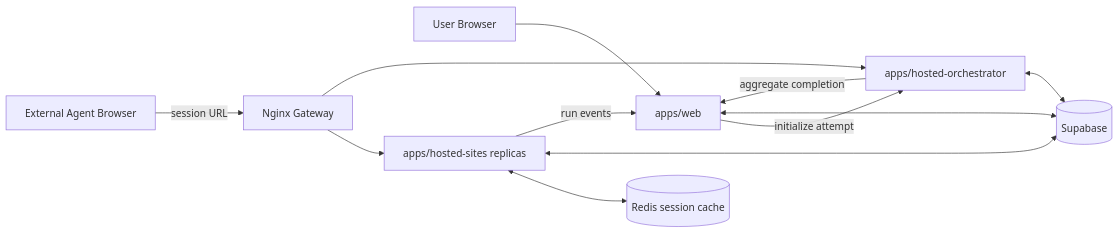
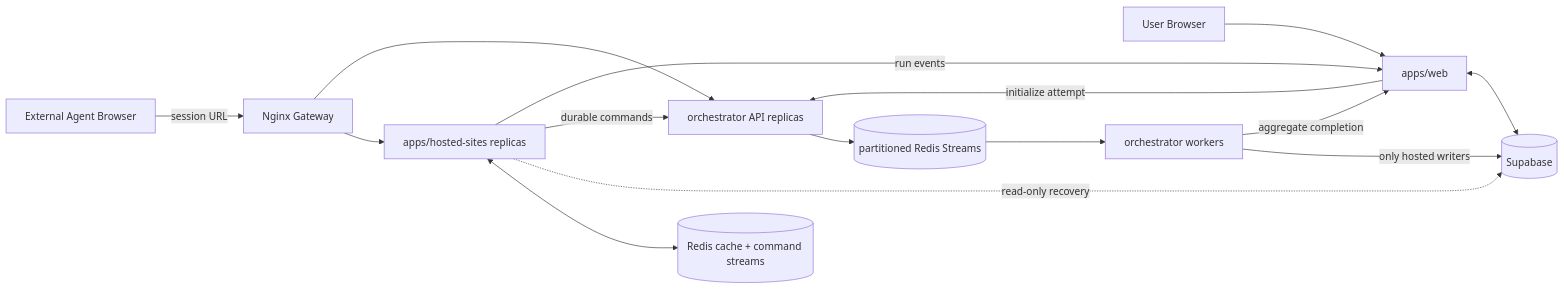
One commit to Kaiwen0418/agent-benchmark changed the diagram in docs/architecture.md. Above: the diagram before and after it, drawn with Mermaid. The commit also changed other lines of this file and 30 other files, not shown here.

Commit message:
feat: scale hosted orchestration with Redis streams

````diff
--- a/docs/architecture.md
+++ b/docs/architecture.md
@@ -9,14 +9,17 @@
 ```mermaid
 flowchart LR
   Agent["External Agent Browser"] -->|"session URL"| Gateway["Nginx Gateway"]
   User["User Browser"] --> Web["apps/web"]
-  Web -->|"initialize attempt"| Orchestrator["apps/hosted-orchestrator"]
+  Web -->|"initialize attempt"| OrchestratorAPI["orchestrator API replicas"]
   Gateway --> Sites["apps/hosted-sites replicas"]
-  Gateway --> Orchestrator
-  Sites <--> Redis[("Redis session cache")]
+  Gateway --> OrchestratorAPI
+  Sites <--> Redis[("Redis cache + command streams")]
   Web <--> DB[("Supabase")]
-  Sites <--> DB
-  Orchestrator <--> DB
+  Sites -.->|"read-only recovery"| DB
+  Sites -->|"durable commands"| OrchestratorAPI
+  OrchestratorAPI --> Streams[("partitioned Redis Streams")]
+  Streams --> Workers["orchestrator workers"]
+  Workers -->|"only hosted writers"| DB
   Sites -->|"run events"| Web
-  Orchestrator -->|"aggregate completion"| Web
+  Workers -->|"aggregate completion"| Web
 ```
````
